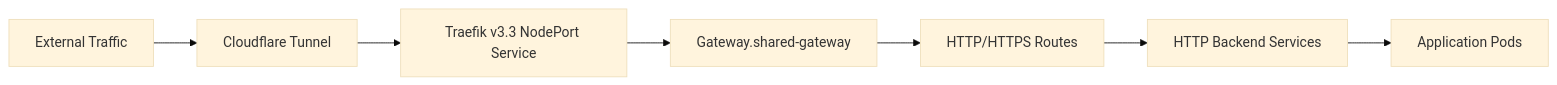
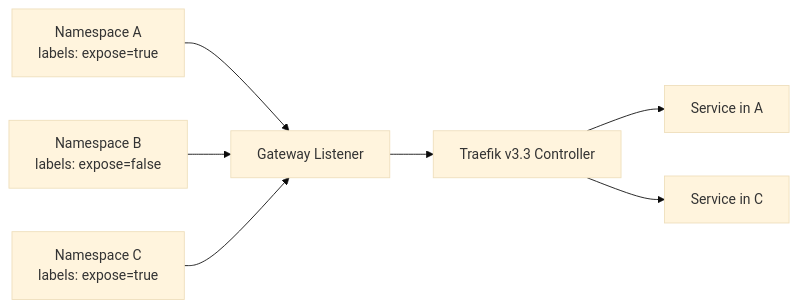
One commit to Hoangvu75/k8s_manifest changed the sixth of 6 diagrams in .qoder/repowiki/en/content/Infrastructure Applications/Gateway API Controller.md. Above: the diagram before and after it, drawn with Mermaid (base theme). The commit also changed other lines of this file and 31 other files, not shown here.

````diff
--- a/.qoder/repowiki/en/content/Infrastructure Applications/Gateway API Controller.md
+++ b/.qoder/repowiki/en/content/Infrastructure Applications/Gateway API Controller.md
@@ -515,9 +321,9 @@
 ```mermaid
-flowchart LR
-A["External Traffic"] --> B["Cloudflare Tunnel"]
-B --> C["Traefik v3.3 NodePort Service"]
-C --> D["Gateway.shared-gateway"]
-D --> E["HTTP/HTTPS Routes"]
-E --> F["HTTP Backend Services"]
-F --> G["Application Pods"]
+graph LR
+NS1["Namespace A<br/>labels: expose=true"] --> GW["Gateway Listener"]
+NS2["Namespace B<br/>labels: expose=false"] --> GW
+NS3["Namespace C<br/>labels: expose=true"] --> GW
+GW --> TR["Traefik v3.3 Controller"]
+TR --> SVC1["Service in A"]
+TR --> SVC3["Service in C"]
 ```
````
